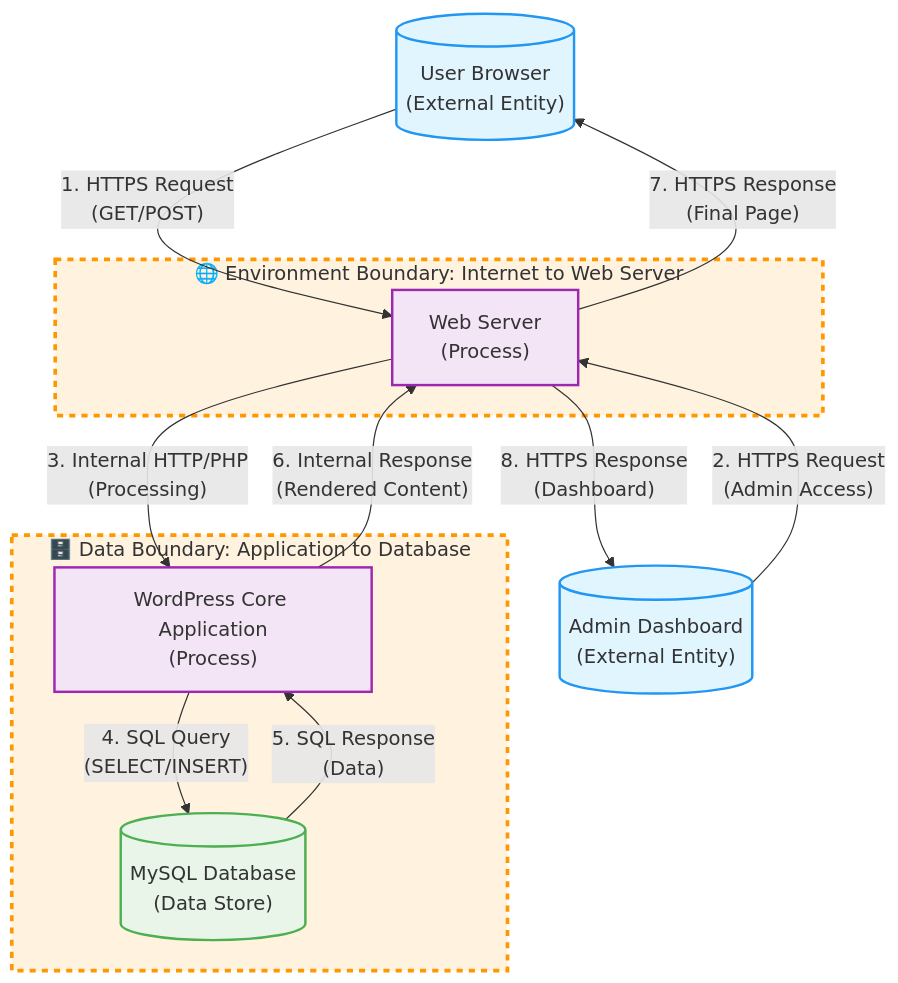
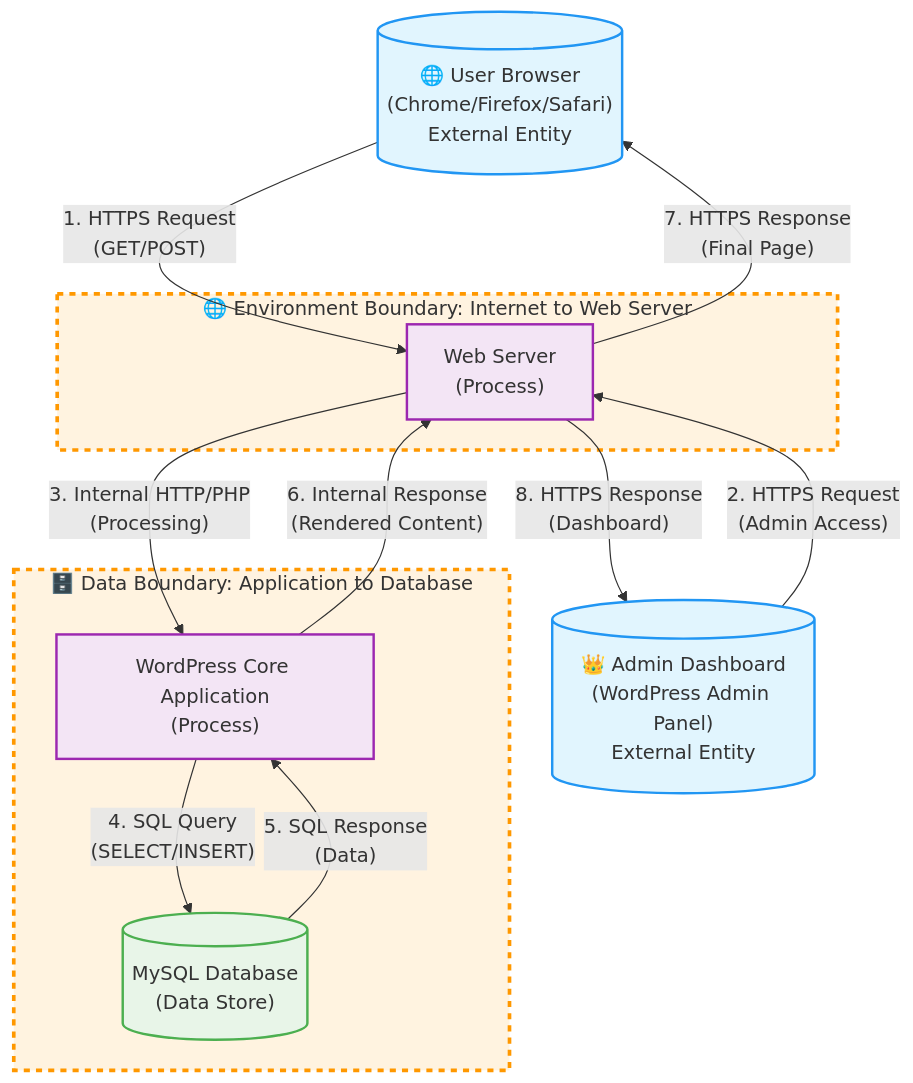
One commit to TRUPALIX9/study-reports changed the first of 3 diagrams in L04-Submission.md. Above: the diagram before and after it, drawn with Mermaid.

Commit message:
Somehing I'm not sure about

````diff
--- a/L04-Submission.md
+++ b/L04-Submission.md
@@ -53,38 +53,38 @@
 ```mermaid
 graph TD
     %% External Entities
-    User[("User Browser<br/>(External Entity)")]
-    Admin[("Admin Dashboard<br/>(External Entity)")]
+    User[("🌐 User Browser<br/>(Chrome/Firefox/Safari)<br/>External Entity")]
+    Admin[("👑 Admin Dashboard<br/>(WordPress Admin Panel)<br/>External Entity")]
     
     %% Trust Boundary 1: Environment
     subgraph TB1 ["🌐 Environment Boundary: Internet to Web Server"]
         WebServer["Web Server<br/>(Process)"]
     end
     
     %% Trust Boundary 2: Data
     subgraph TB2 ["🗄️ Data Boundary: Application to Database"]
         WordPressApp["WordPress Core Application<br/>(Process)"]
         MySQL[("MySQL Database<br/>(Data Store)")]
     end
     
     %% Data Flows
     User -->|"1. HTTPS Request<br/>(GET/POST)"| WebServer
     Admin -->|"2. HTTPS Request<br/>(Admin Access)"| WebServer
     WebServer -->|"3. Internal HTTP/PHP<br/>(Processing)"| WordPressApp
     WordPressApp -->|"4. SQL Query<br/>(SELECT/INSERT)"| MySQL
     MySQL -->|"5. SQL Response<br/>(Data)"| WordPressApp
     WordPressApp -->|"6. Internal Response<br/>(Rendered Content)"| WebServer
     WebServer -->|"7. HTTPS Response<br/>(Final Page)"| User
     WebServer -->|"8. HTTPS Response<br/>(Dashboard)"| Admin
     
     %% Styling
     classDef external fill:#e1f5fe,stroke:#2196f3,stroke-width:2px
     classDef process fill:#f3e5f5,stroke:#9c27b0,stroke-width:2px
     classDef datastore fill:#e8f5e8,stroke:#4caf50,stroke-width:2px
     classDef trustboundary fill:#fff3e0,stroke:#ff9800,stroke-width:3px,stroke-dasharray: 5 5
     
     class User,Admin external
     class WebServer,WordPressApp process
     class MySQL datastore
     class TB1,TB2 trustboundary
 ```
````
